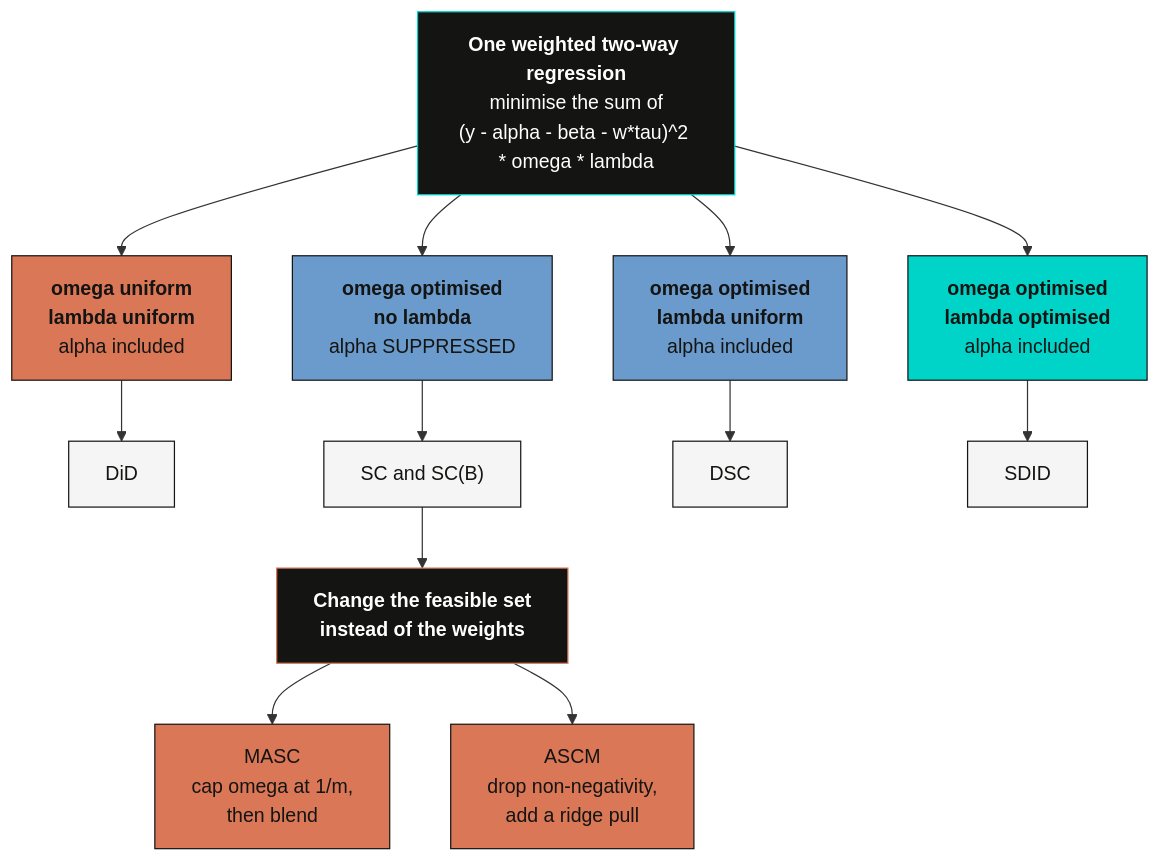
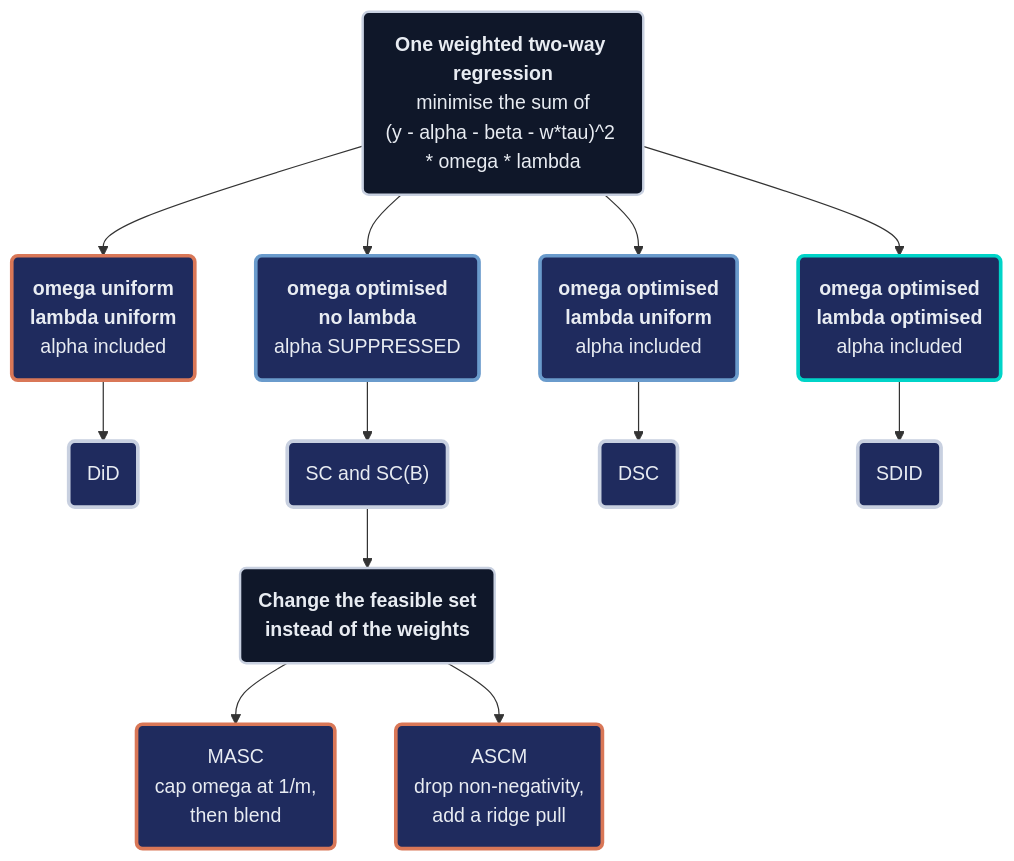
The second of 4 diagrams in content/post/r_sc_dsc_sdid/index.md (cmg777/starter-academic-v501), drawn with Mermaid before and after one commit. The commit also changed other lines of this file and 13 other files, not shown here.

First line of the commit message:
content(mermaid): restyle flowcharts in R posts

````diff
--- a/content/post/r_sc_dsc_sdid/index.md
+++ b/content/post/r_sc_dsc_sdid/index.md
@@ -442,27 +439,25 @@
 ```mermaid
 graph TD
-    OBJ["<b>One weighted two-way regression</b><br/>minimise the sum of<br/>(y - alpha - beta - w*tau)^2 * omega * lambda"]
-    OBJ --> A["<b>omega uniform</b><br/><b>lambda uniform</b><br/>alpha included"]
-    OBJ --> B["<b>omega optimised</b><br/><b>no lambda</b><br/>alpha SUPPRESSED"]
-    OBJ --> C["<b>omega optimised</b><br/><b>lambda uniform</b><br/>alpha included"]
-    OBJ --> E["<b>omega optimised</b><br/><b>lambda optimised</b><br/>alpha included"]
-    A --> A1["DiD"]
-    B --> B1["SC and SC(B)"]
-    C --> C1["DSC"]
-    E --> E1["SDID"]
-    B1 --> F["<b>Change the feasible set<br/>instead of the weights</b>"]
-    F --> F1["MASC<br/>cap omega at 1/m,<br/>then blend"]
-    F --> F2["ASCM<br/>drop non-negativity,<br/>add a ridge pull"]
-    style OBJ fill:#141413,stroke:#00d4c8,color:#fff
-    style A fill:#d97757,stroke:#141413,color:#141413
-    style B fill:#6a9bcc,stroke:#141413,color:#141413
-    style C fill:#6a9bcc,stroke:#141413,color:#141413
-    style E fill:#00d4c8,stroke:#141413,color:#141413
-    style A1 fill:#f5f5f5,stroke:#141413,color:#141413
-    style B1 fill:#f5f5f5,stroke:#141413,color:#141413
-    style C1 fill:#f5f5f5,stroke:#141413,color:#141413
-    style E1 fill:#f5f5f5,stroke:#141413,color:#141413
-    style F fill:#141413,stroke:#d97757,color:#fff
-    style F1 fill:#d97757,stroke:#141413,color:#141413
-    style F2 fill:#d97757,stroke:#141413,color:#141413
+    OBJ("<b>One weighted two-way regression</b><br/>minimise the sum of<br/>(y - alpha - beta - w*tau)^2 * omega * lambda")
+    OBJ --> A("<b>omega uniform</b><br/><b>lambda uniform</b><br/>alpha included")
+    OBJ --> B("<b>omega optimised</b><br/><b>no lambda</b><br/>alpha SUPPRESSED")
+    OBJ --> C("<b>omega optimised</b><br/><b>lambda uniform</b><br/>alpha included")
+    OBJ --> E("<b>omega optimised</b><br/><b>lambda optimised</b><br/>alpha included")
+    A --> A1("DiD")
+    B --> B1("SC and SC(B)")
+    C --> C1("DSC")
+    E --> E1("SDID")
+    B1 --> F("<b>Change the feasible set<br/>instead of the weights</b>")
+    F --> F1("MASC<br/>cap omega at 1/m,<br/>then blend")
+    F --> F2("ASCM<br/>drop non-negativity,<br/>add a ridge pull")
+    classDef anchor fill:#0f1729,stroke:#c8d0e0,stroke-width:2px,color:#e8ecf2
+    classDef orange fill:#1f2b5e,stroke:#d97757,stroke-width:3px,color:#e8ecf2
+    classDef blue fill:#1f2b5e,stroke:#6a9bcc,stroke-width:3px,color:#e8ecf2
+    classDef teal fill:#1f2b5e,stroke:#00d4c8,stroke-width:3px,color:#e8ecf2
+    classDef gray fill:#1f2b5e,stroke:#c8d0e0,stroke-width:3px,color:#e8ecf2
+    class OBJ,F anchor
+    class A,F1,F2 orange
+    class B,C blue
+    class E teal
+    class A1,B1,C1,E1 gray
 ```
````
